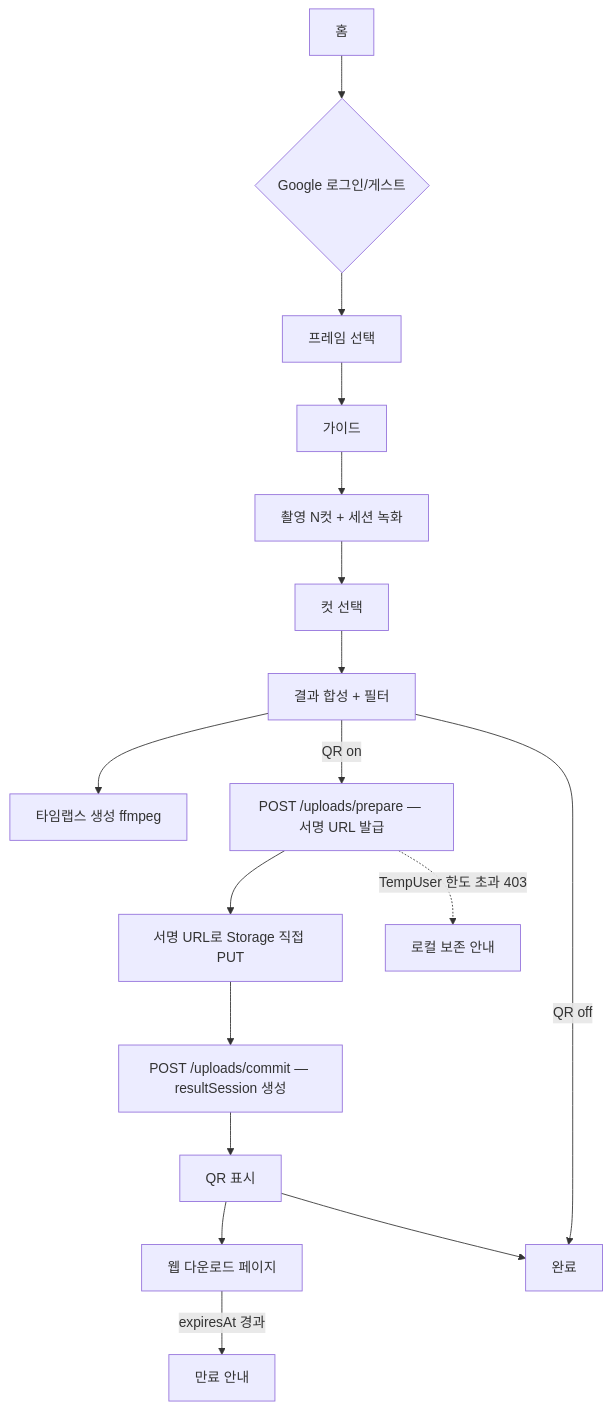
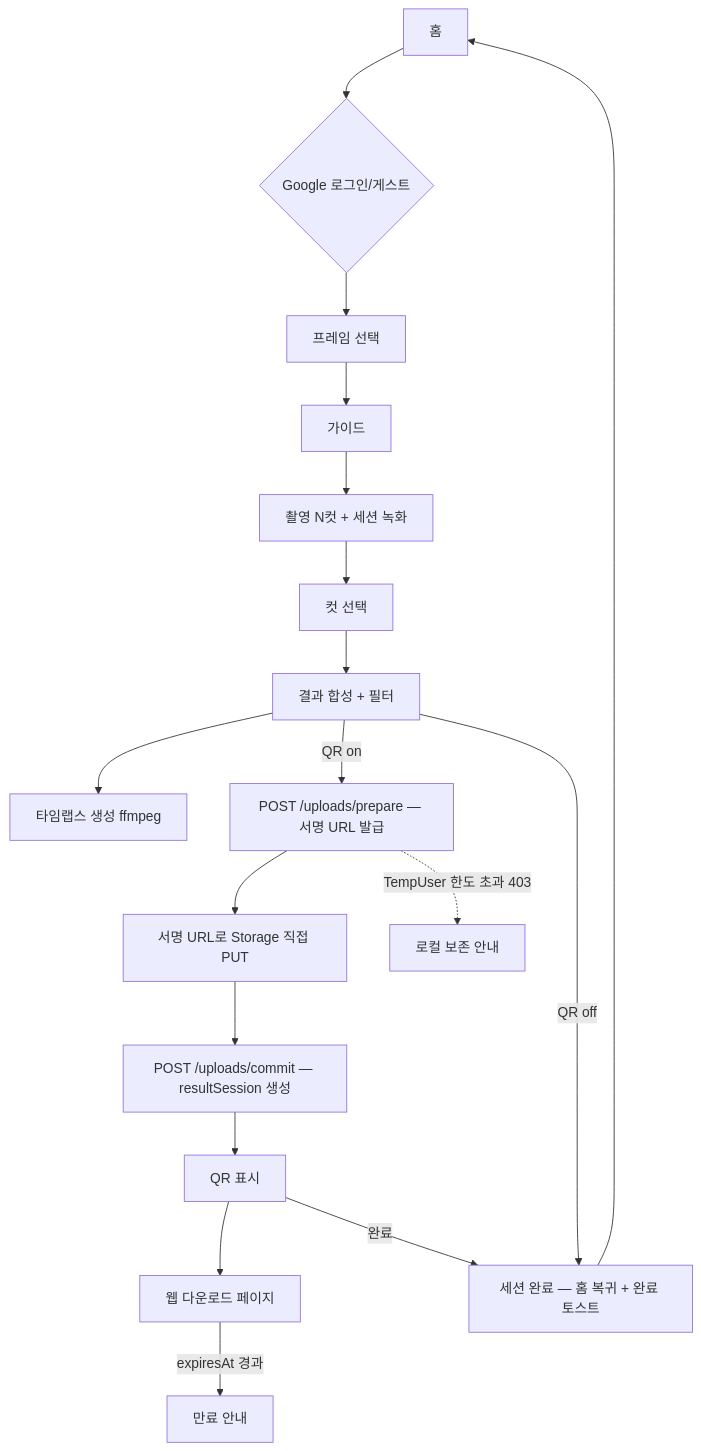
Before and after one commit to devmcjo/PhotoBooth: the diagram in docs/analysis/00-overview-and-architecture.md, drawn with Mermaid. The commit also changed 13 other files, not shown here.

````diff
--- a/docs/analysis/00-overview-and-architecture.md
+++ b/docs/analysis/00-overview-and-architecture.md
@@ -65,17 +65,18 @@
 ```mermaid
 flowchart TD
   Home[홈] --> Login{Google 로그인/게스트}
   Login --> FrameSelect[프레임 선택]
   FrameSelect --> Guide[가이드] --> Capture[촬영 N컷 + 세션 녹화]
   Capture --> CutSelect[컷 선택] --> Result[결과 합성 + 필터]
   Result --> Timelapse[타임랩스 생성 ffmpeg]
   Result -->|QR on| Prepare["POST /uploads/prepare — 서명 URL 발급"]
   Prepare --> Put["서명 URL로 Storage 직접 PUT"]
   Put --> Commit["POST /uploads/commit — resultSession 생성"]
   Commit --> Qr[QR 표시]
   Qr --> Web[웹 다운로드 페이지]
-  Result -->|QR off| Done[완료]
-  Qr --> Done
+  Result -->|QR off| Complete["세션 완료 — 홈 복귀 + 완료 토스트"]
+  Qr -->|완료| Complete
+  Complete --> Home
   Prepare -.->|TempUser 한도 초과 403| Local[로컬 보존 안내]
   Web -->|expiresAt 경과| Expired[만료 안내]
 ```
````
